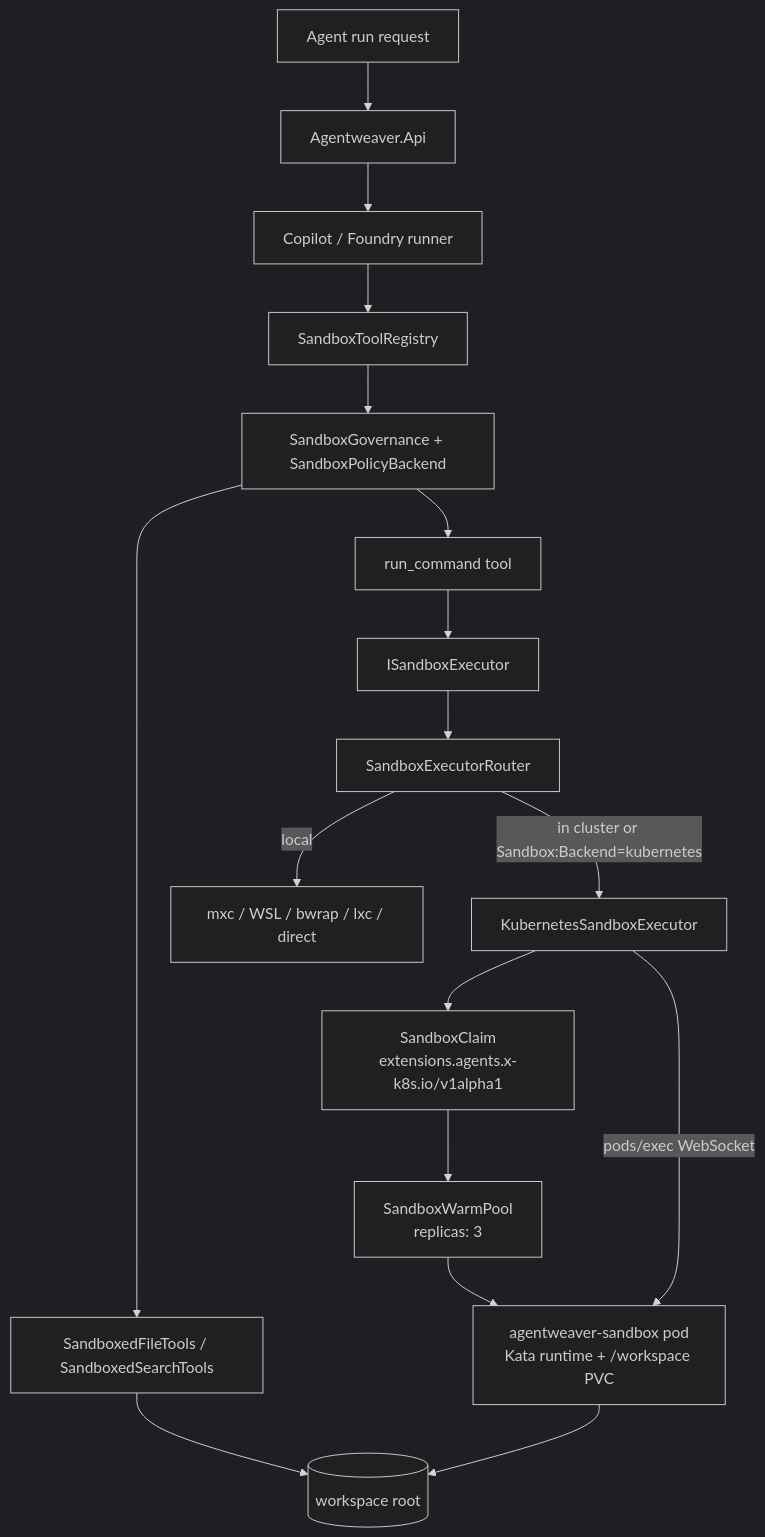
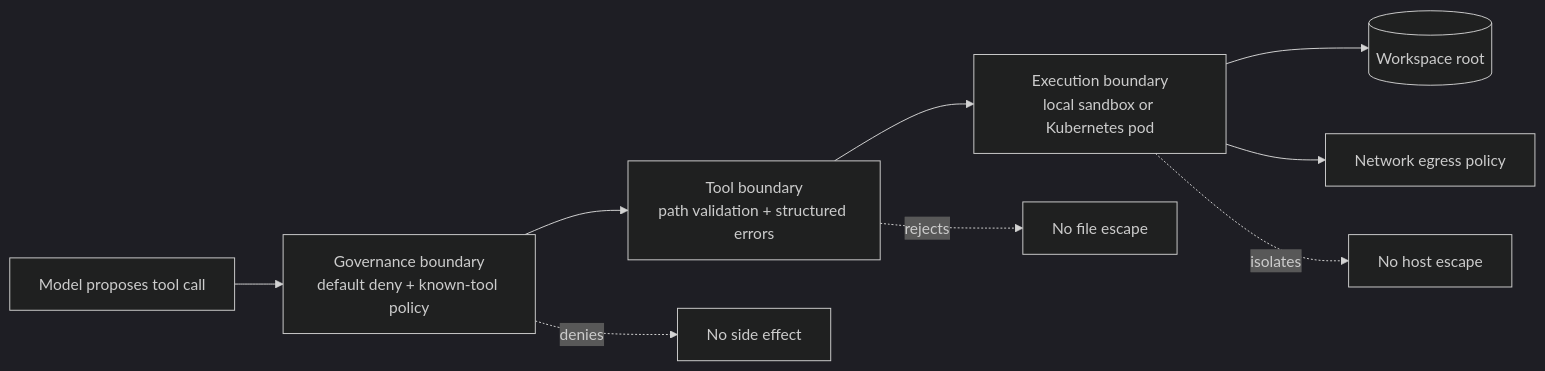
The first of 3 diagrams in docs/deep-dive/sandbox.md (sabbour/agentweaver), drawn with Mermaid (dark theme) before and after one commit. The commit also changed other lines of this file and 12 other files, not shown here.

````diff
--- a/docs/deep-dive/sandbox.md
+++ b/docs/deep-dive/sandbox.md
@@ -17,19 +32,12 @@
 ```mermaid
-flowchart TD
-    User[Agent run request] --> API[Agentweaver.Api]
-    API --> Runner[Copilot / Foundry runner]
-    Runner --> Tools[SandboxToolRegistry]
-    Tools --> Governance[SandboxGovernance + SandboxPolicyBackend]
-    Governance --> FileTools[SandboxedFileTools / SandboxedSearchTools]
-    Governance --> RunCommand[run_command tool]
-    RunCommand --> Executor[ISandboxExecutor]
-    Executor --> Router[SandboxExecutorRouter]
-    Router -->|in cluster or Sandbox:Backend=kubernetes| K8sExec[KubernetesSandboxExecutor]
-    Router -->|local| LocalExec[mxc / WSL / bwrap / lxc / direct]
-    K8sExec --> Claim[SandboxClaim<br/>extensions.agents.x-k8s.io/v1alpha1]
-    Claim --> WarmPool[SandboxWarmPool<br/>replicas: 3]
-    WarmPool --> Pod[agentweaver-sandbox pod<br/>Kata runtime + /workspace PVC]
-    K8sExec -->|pods/exec WebSocket| Pod
-    FileTools --> Workspace[(workspace root)]
-    Pod --> Workspace
+flowchart LR
+    Model[Model proposes tool call] --> Governance[Governance boundary<br/>default deny + known-tool policy]
+    Governance --> Tool[Tool boundary<br/>path validation + structured errors]
+    Tool --> Executor[Execution boundary<br/>local sandbox or Kubernetes pod]
+    Executor --> Workspace[(Workspace root)]
+    Executor --> Network[Network egress policy]
+
+    Governance -. denies .-> Stop1[No side effect]
+    Tool -. rejects .-> Stop2[No file escape]
+    Executor -. isolates .-> Stop3[No host escape]
 ```
````
